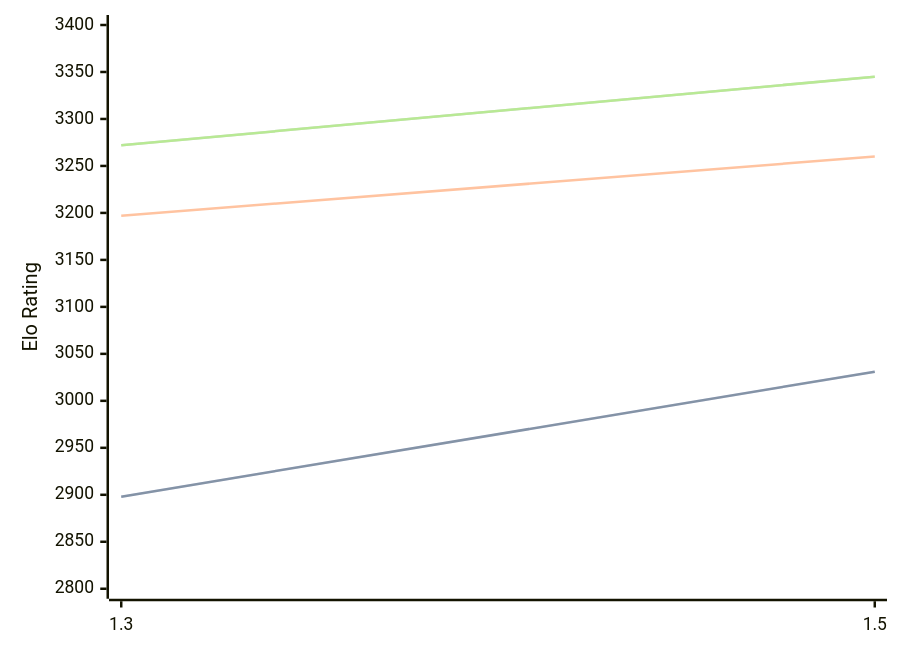
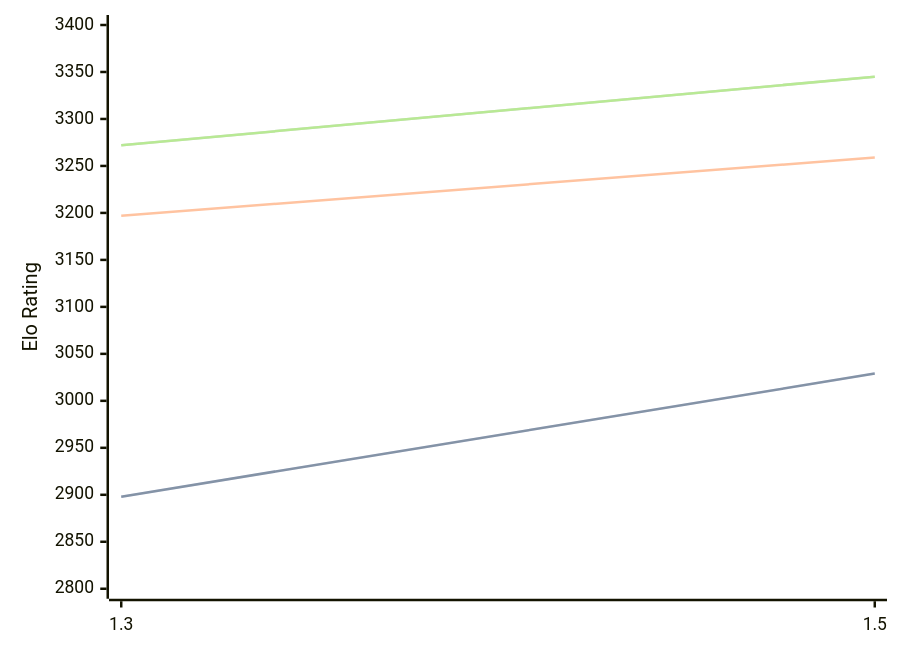
Before and after one commit to computer-chess-index/cci: the diagram in engines/Lambergar.md, drawn with Mermaid. The commit also changed other lines of this file, not shown here.

````diff
--- a/engines/Lambergar.md
+++ b/engines/Lambergar.md
@@ -44,11 +44,11 @@
 ```mermaid
 %%{init: {"theme":"base","themeVariables":{"seriesColors:['#a3a3a3','#222221','#faa371']}}}%%
 xychart-beta
   x-axis ["1.3", "1.5"]
   y-axis "Elo Rating" 2800 --> 3400
-  line "STC (8.0+0.08s)" [2898, 3031]
-  line "STC (8.0+0.08s)" [2898, 3031]
-  line "LTC (60.0+0.60s)" [3197, 3260]
+  line "STC (8.0+0.08s)" [2898, 3029]
+  line "STC (8.0+0.08s)" [2898, 3029]
+  line "LTC (60.0+0.60s)" [3197, 3259]
   line "VLTC (2m24s+1.12s)" [3272, 3345]
   line "VLTC (2m24s+1.12s)" [3272, 3345]
 ```
````
